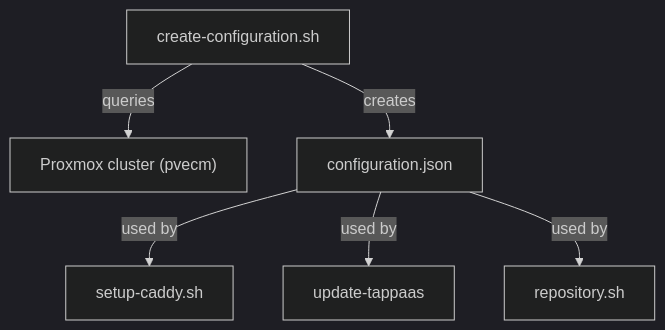
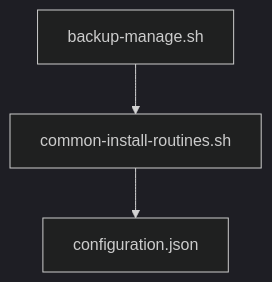
One commit to TAPPaaS/TAPPaaS changed the seventh of 9 diagrams in src/foundation/DEPENDENCIES.md. Above: the diagram before and after it, drawn with Mermaid (dark theme). The commit also changed other lines of this file and 44 other files, not shown here.

Commit message:
close #106 close #108 : updated configuration.json and node name handling

````diff
--- a/src/foundation/DEPENDENCIES.md
+++ b/src/foundation/DEPENDENCIES.md
@@ -251,9 +233,5 @@
 ```mermaid
 graph TD
-    A[create-configuration.sh] -->|queries| B["Proxmox cluster (pvecm)"]
-    A -->|creates| C[configuration.json]
-
-    C -->|used by| D[setup-caddy.sh]
-    C -->|used by| E[update-tappaas]
-    C -->|used by| F[repository.sh]
+    A["backup-manage.sh"] --> B["common-install-routines.sh"]
+    B --> C["configuration.json"]
 ```
````
